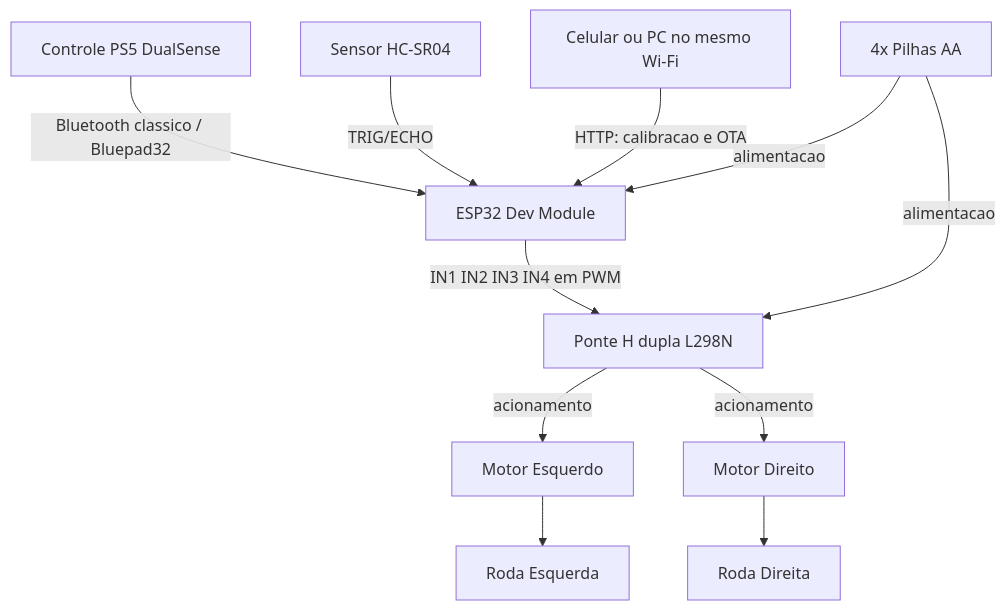
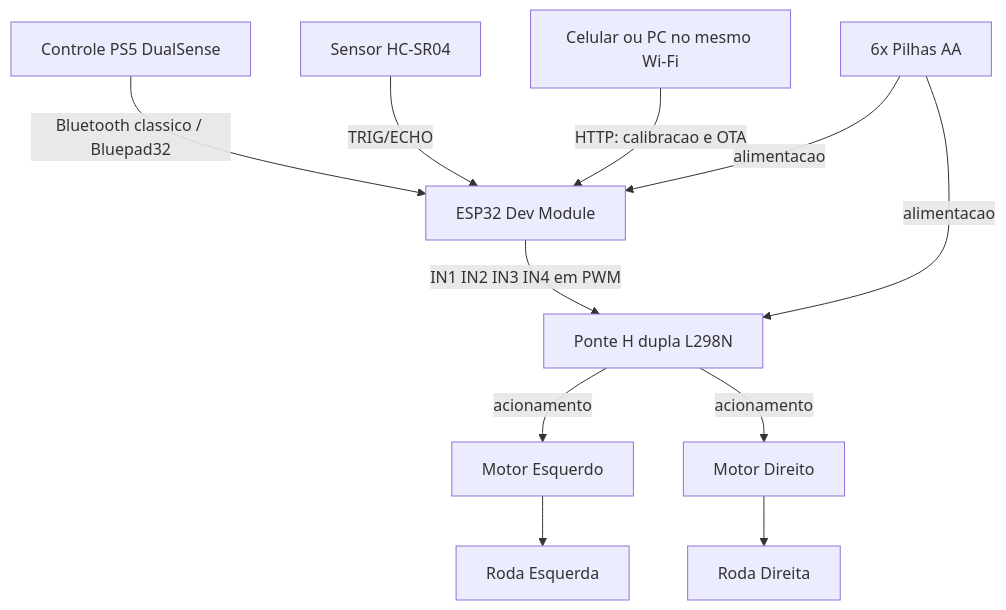
The first of 3 diagrams in Documentacao.md (JuliaAzevedoLins/4ESPY_CP1_Maker_Carrinho), drawn with Mermaid before and after one commit. The commit also changed other lines of this file and 2 other files, not shown here.

First line of the commit message:
CP1 | Corrige alimentacao para 6 pilhas AA

````diff
--- a/Documentacao.md
+++ b/Documentacao.md
@@ -179,13 +179,13 @@
 ```mermaid
 flowchart TD
     PS5[Controle PS5 DualSense] -- Bluetooth classico / Bluepad32 --> ESP32[ESP32 Dev Module]
     HCSR04[Sensor HC-SR04] -- TRIG/ECHO --> ESP32
     CEL[Celular ou PC no mesmo Wi-Fi] -- HTTP: calibracao e OTA --> ESP32
     ESP32 -- IN1 IN2 IN3 IN4 em PWM --> PONTEH[Ponte H dupla L298N]
     PONTEH -- acionamento --> MOTORE[Motor Esquerdo]
     PONTEH -- acionamento --> MOTORD[Motor Direito]
     MOTORE --> RODAE[Roda Esquerda]
     MOTORD --> RODAD[Roda Direita]
-    BAT[4x Pilhas AA] -- alimentacao --> PONTEH
+    BAT[6x Pilhas AA] -- alimentacao --> PONTEH
     BAT -- alimentacao --> ESP32
 ```
````
